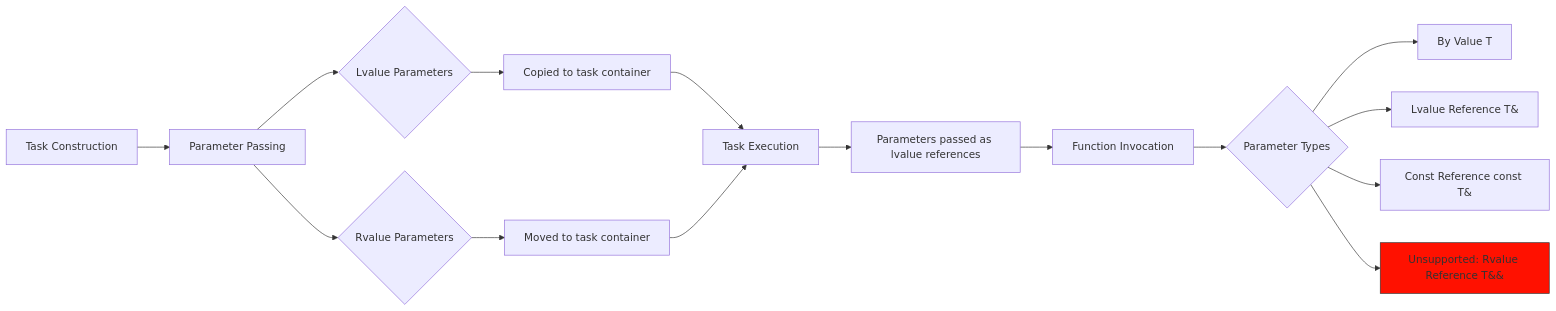
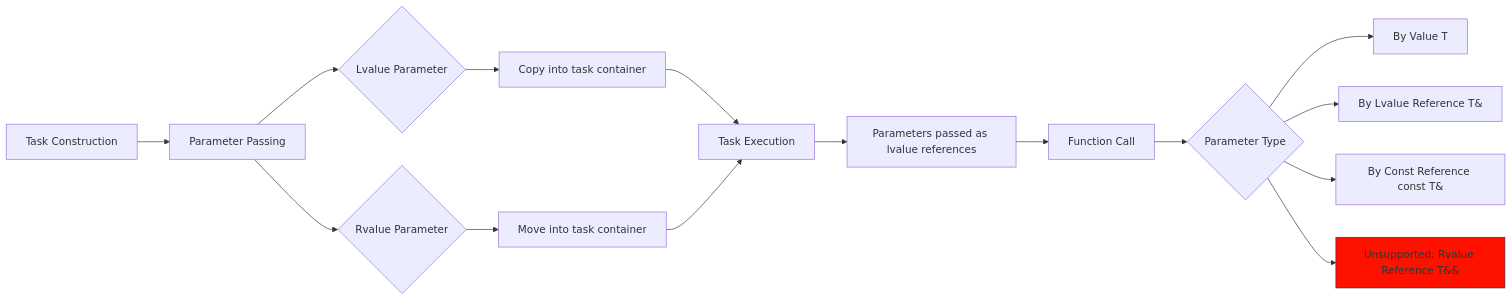
The second of 2 diagrams in README.en.md (HSLL175848494/ThreadPool), drawn with Mermaid before and after one commit. The commit also changed other lines of this file and 5 other files, not shown here.

````diff
--- a/README.en.md
+++ b/README.en.md
@@ -118,21 +135,21 @@
 ```mermaid
 graph LR
     A[Task Construction] --> B[Parameter Passing]
-    B --> C{Lvalue Parameters}
-    B --> D{Rvalue Parameters}
-    C --> E[Copied to task container]
-    D --> F[Moved to task container]
+    B --> C{Lvalue Parameter}
+    B --> D{Rvalue Parameter}
+    C --> E[Copy into task container]
+    D --> F[Move into task container]
     
     H[Task Execution] --> I[Parameters passed as lvalue references]
     E --> H
     F --> H
     
-    I --> J[Function Invocation]
-    J --> K{Parameter Types}
+    I --> J[Function Call]
+    J --> K{Parameter Type}
     K --> L[By Value T]
-    K --> M[Lvalue Reference T&]
-    K --> N[Const Reference const T&]
+    K --> M[By Lvalue Reference T&]
+    K --> N[By Const Reference const T&]
     K --> O[Unsupported: Rvalue Reference T&& ]:::unsupported
     
     classDef unsupported fill:#f10,stroke:#333
 ```
````
